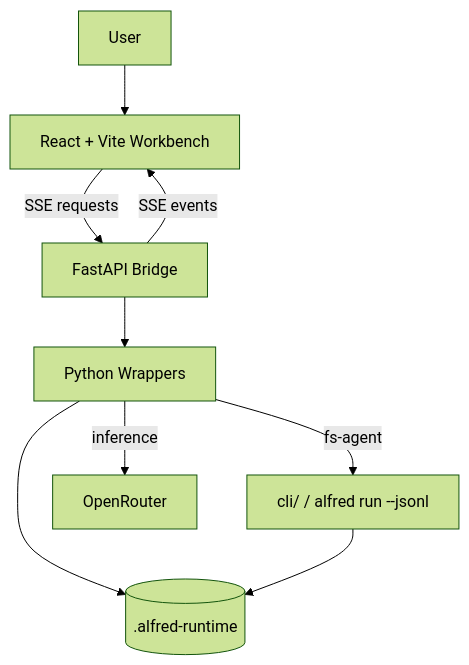
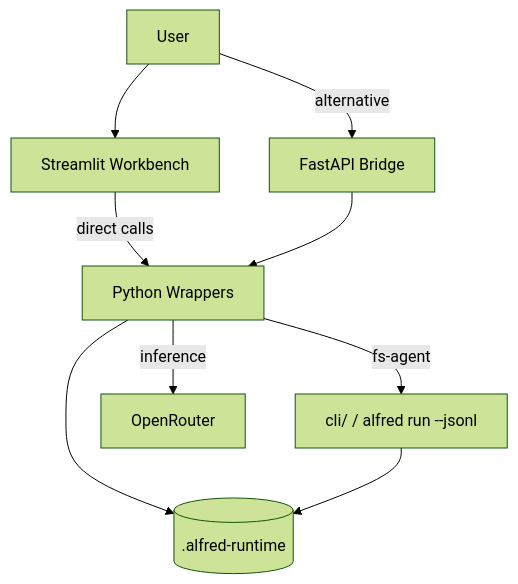
One commit to AIByJohannes/alfred changed the first of 2 diagrams in docs/architecture.md. Above: the diagram before and after it, drawn with Mermaid (forest theme). The commit also changed other lines of this file and 24 other files, not shown here.

First line of the commit message:
feat: replace TypeScript/Vite frontend with Streamlit

````diff
--- a/docs/architecture.md
+++ b/docs/architecture.md
@@ -17,19 +17,19 @@
 ```mermaid
 graph TD
     User[User]
-    UI[React + Vite Workbench]
-    API[FastAPI Bridge]
+    UI[Streamlit Workbench]
     PY[Python Wrappers]
     CLI[cli/ / alfred run --jsonl]
     FS[(.alfred-runtime)]
     LLM[OpenRouter]
+    API[FastAPI Bridge]
 
     User --> UI
-    UI -->|SSE requests| API
-    API --> PY
+    UI -->|direct calls| PY
     PY -->|inference| LLM
     PY -->|fs-agent| CLI
     PY --> FS
     CLI --> FS
-    API -->|SSE events| UI
+    User -->|alternative| API
+    API --> PY
 ```
````
